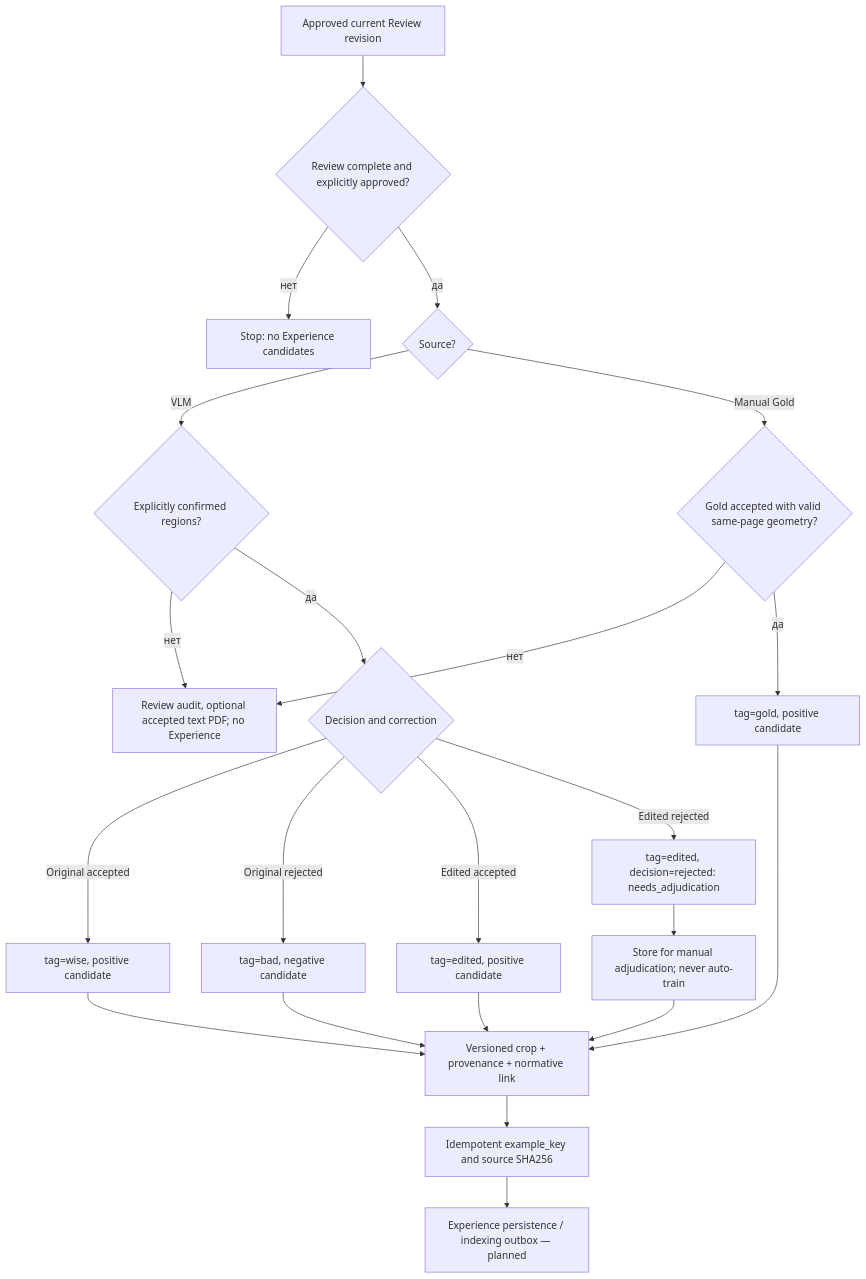
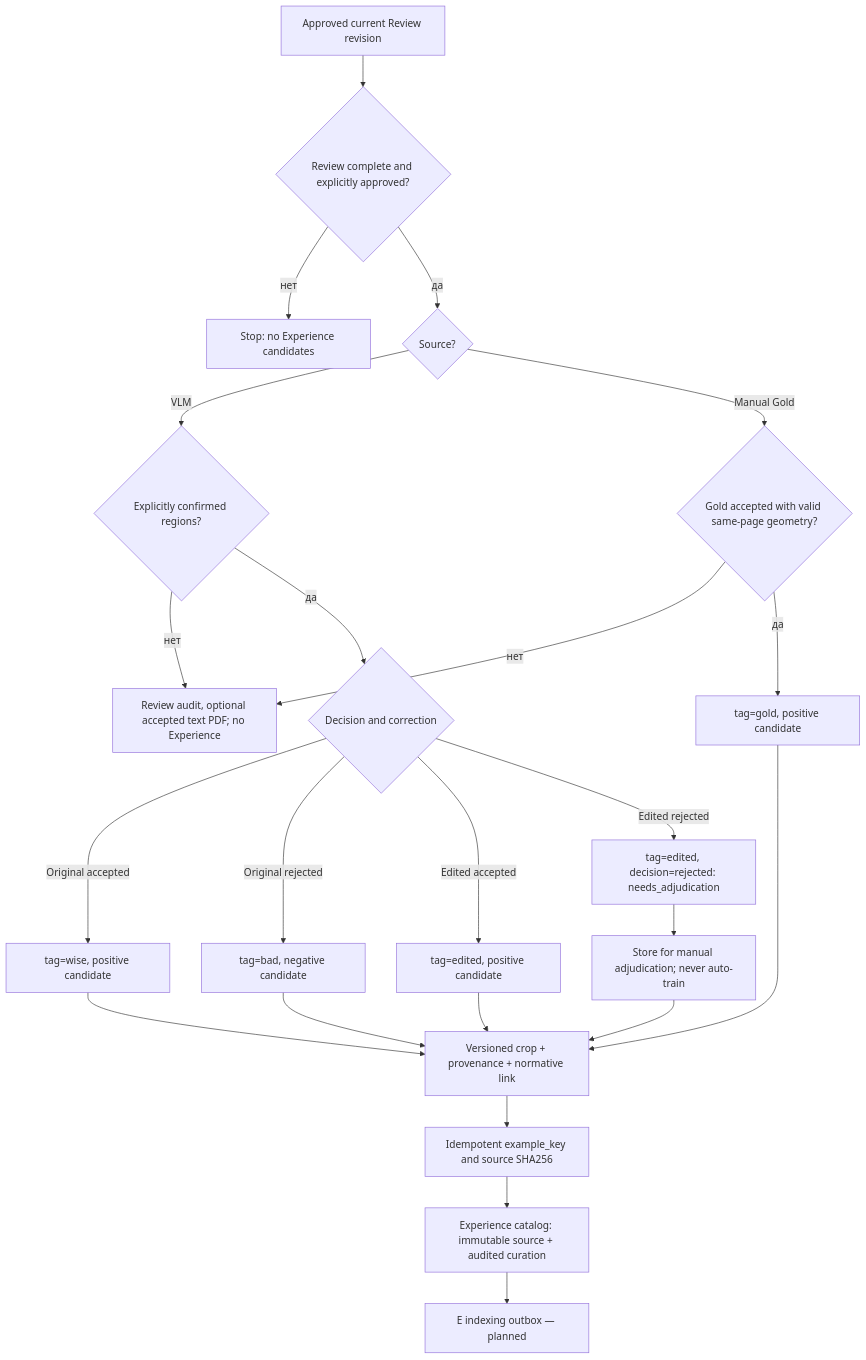
Before and after one commit to Amadu-A/PDRD-validation: diagram 13 of 15 in README.md, drawn with Mermaid. The commit also changed other lines of this file and 74 other files, not shown here.

Commit message:
feat: persist verified Experience catalog

````diff
--- a/README.md
+++ b/README.md
@@ -633,24 +635,25 @@
 ```mermaid
 flowchart TD
     START["Approved current Review revision"] --> COMPLETE{"Review complete and explicitly approved?"}
     COMPLETE -->|нет| STOP["Stop: no Experience candidates"]
     COMPLETE -->|да| SOURCE{"Source?"}
     SOURCE -->|VLM| VA{"Explicitly confirmed regions?"}
     VA -->|нет| AUDIT["Review audit, optional accepted text PDF; no Experience"]
     VA -->|да| DEC{"Decision and correction"}
     SOURCE -->|Manual Gold| GA{"Gold accepted with valid same-page geometry?"}
     GA -->|нет| AUDIT
     GA -->|да| GOLD["tag=gold, positive candidate"]
     DEC -->|Original accepted| WISE["tag=wise, positive candidate"]
     DEC -->|Original rejected| BAD["tag=bad, negative candidate"]
     DEC -->|Edited accepted| EDIT["tag=edited, positive candidate"]
     DEC -->|Edited rejected| ADJ["tag=edited, decision=rejected: needs_adjudication"]
     WISE --> ASSET["Versioned crop + provenance + normative link"]
     BAD --> ASSET
     EDIT --> ASSET
     GOLD --> ASSET
     ADJ --> HOLD["Store for manual adjudication; never auto-train"]
     HOLD --> ASSET
     ASSET --> DEDUP["Idempotent example_key and source SHA256"]
-    DEDUP --> STORE["Experience persistence / indexing outbox — planned"]
+    DEDUP --> STORE["Experience catalog: immutable source + audited curation"]
+    STORE --> INDEX["E indexing outbox — planned"]
 ```
````
